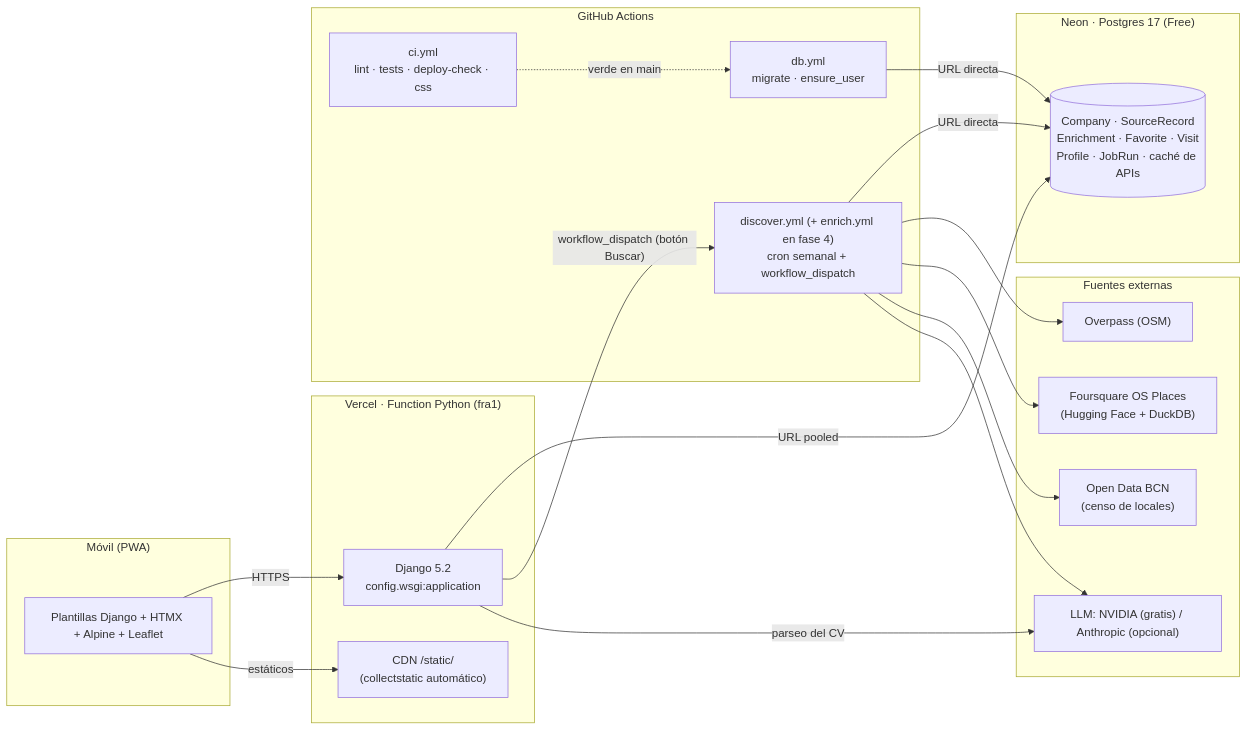
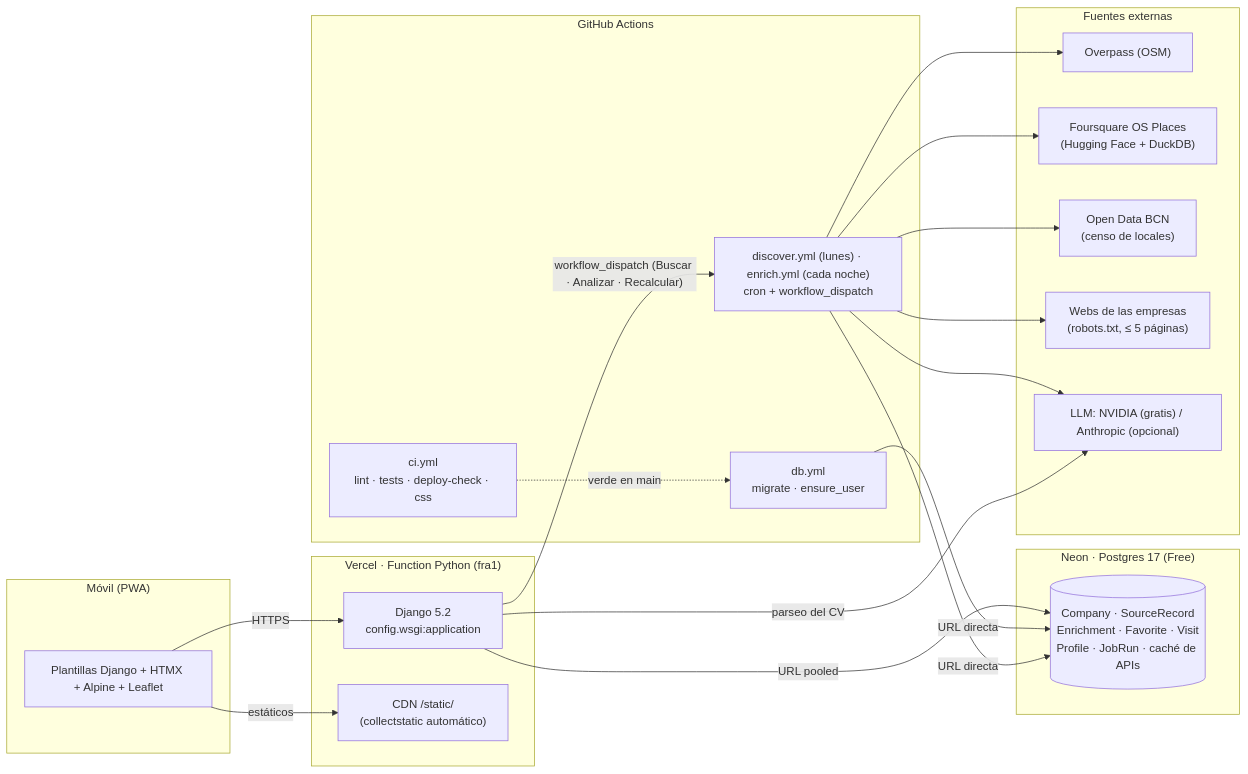
One commit to francisconaranjonrvz/picaporte changed the diagram in README.md. Above: the diagram before and after it, drawn with Mermaid. The commit also changed other lines of this file and 43 other files, not shown here.

First line of the commit message:
Fase 4: enriquecimiento de empresas y puntuación de encaje con IA

````diff
--- a/README.md
+++ b/README.md
@@ -25,40 +25,39 @@
 ```mermaid
 flowchart LR
     subgraph Movil["Móvil (PWA)"]
         UI["Plantillas Django + HTMX + Alpine + Leaflet"]
     end
 
     subgraph Vercel["Vercel · Function Python (fra1)"]
         DJ["Django 5.2\nconfig.wsgi:application"]
         CDN["CDN /static/\n(collectstatic automático)"]
     end
 
     subgraph Neon["Neon · Postgres 17 (Free)"]
         DB[("Company · SourceRecord\nEnrichment · Favorite · Visit\nProfile · JobRun · caché de APIs")]
     end
 
     subgraph Actions["GitHub Actions"]
         CI["ci.yml\nlint · tests · deploy-check · css"]
         DBW["db.yml\nmigrate · ensure_user"]
-        W["discover.yml (+ enrich.yml en fase 4)\ncron semanal + workflow_dispatch"]
+        W["discover.yml (lunes) · enrich.yml (cada noche)\ncron + workflow_dispatch"]
     end
 
     subgraph Fuentes["Fuentes externas"]
         OSM["Overpass (OSM)"]
-        FSQ["Foursquare OS Places
-(Hugging Face + DuckDB)"]
-        DIR["Open Data BCN
-(censo de locales)"]
+        FSQ["Foursquare OS Places\n(Hugging Face + DuckDB)"]
+        DIR["Open Data BCN\n(censo de locales)"]
+        WEB["Webs de las empresas\n(robots.txt, ≤ 5 páginas)"]
         LLM["LLM: NVIDIA (gratis) / Anthropic (opcional)"]
     end
 
     UI -- HTTPS --> DJ
     UI -- estáticos --> CDN
     DJ -- "URL pooled" --> DB
-    DJ -- "workflow_dispatch (botón Buscar)" --> W
+    DJ -- "workflow_dispatch (Buscar · Analizar · Recalcular)" --> W
     DBW -- "URL directa" --> DB
     W -- "URL directa" --> DB
-    W --> OSM & FSQ & DIR & LLM
+    W --> OSM & FSQ & DIR & WEB & LLM
     DJ -- "parseo del CV" --> LLM
     CI -. "verde en main" .-> DBW
 ```
````
